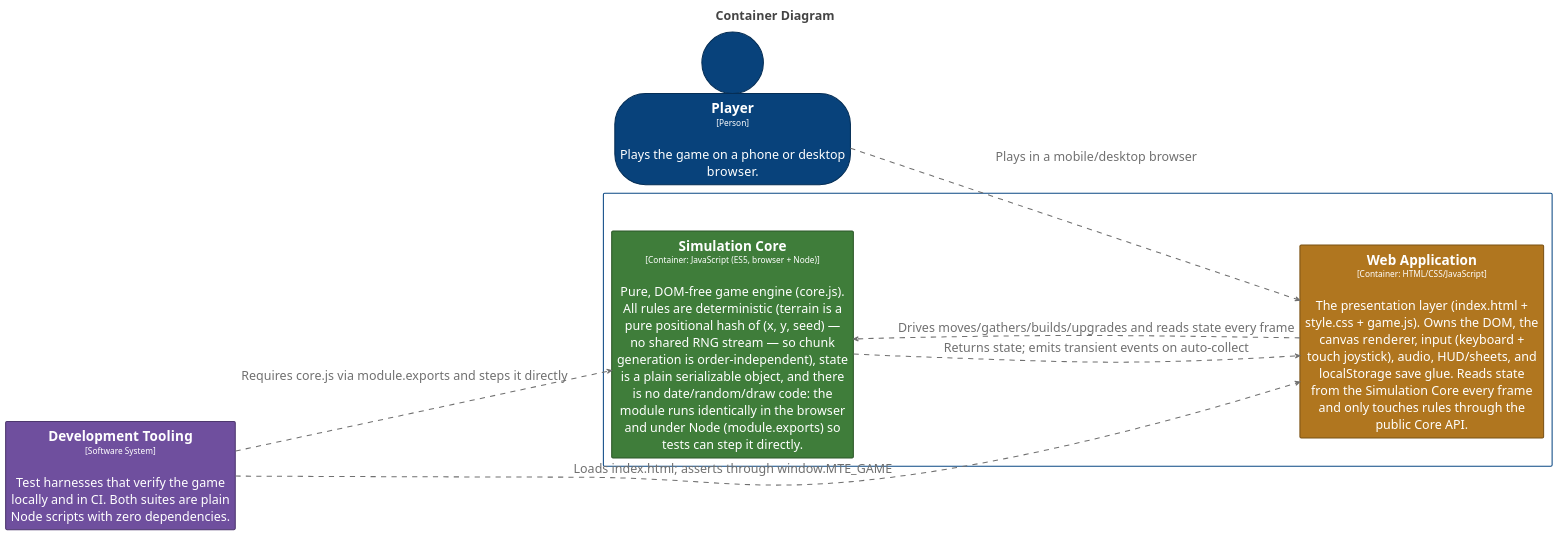
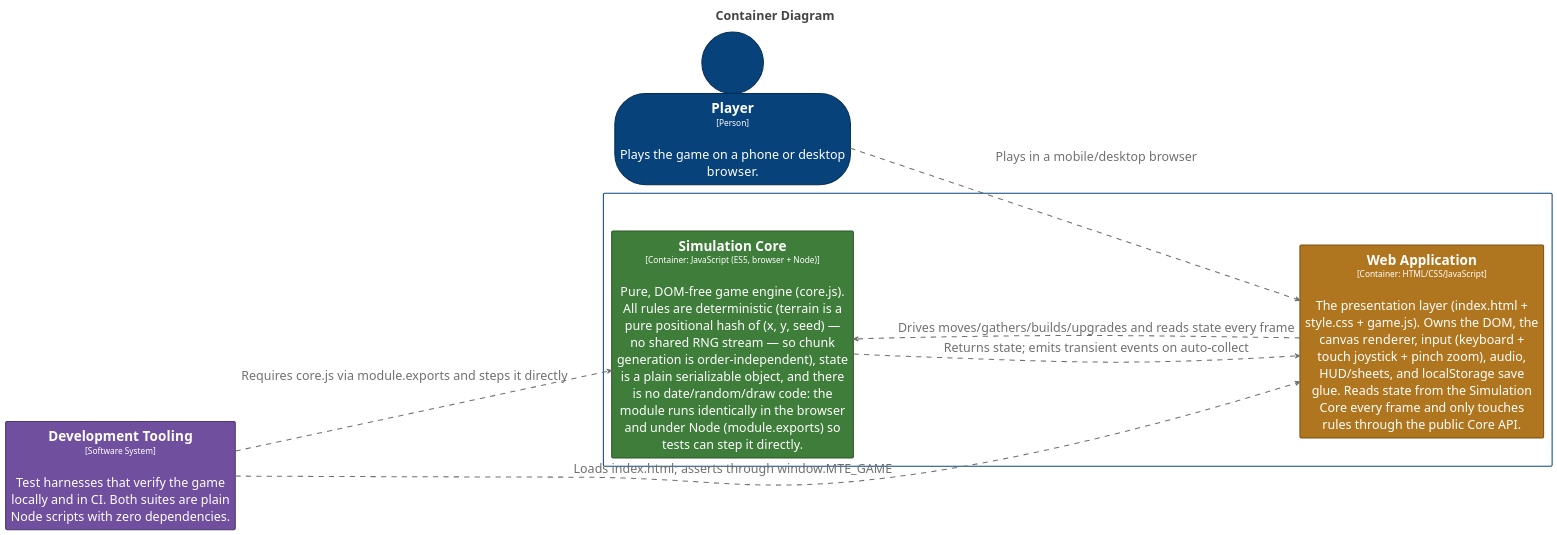
Before and after one commit to bitkojine/more-than-enough: the diagram in structurizr/diagrams/Containers.puml, drawn with PlantUML. The commit also changed 17 other files, not shown here.

First line of the commit message:
v0.11.0: feat — pinch to zoom (two-finger + wheel), LOD far rendering

```diff
--- a/structurizr/diagrams/Containers.puml
+++ b/structurizr/diagrams/Containers.puml
@@ -2,99 +2,99 @@
 @startuml
 title <size:24>Container Diagram</size>
 
 set separator none
 left to right direction
 skinparam ranksep 20
 skinparam nodesep 5
 hide stereotype
 
 <style>
   root {
     BackgroundColor: #ffffff;
     FontColor: #444444;
   }
   // Element,Container,Core Engine
   .Element-RWxlbWVudCxDb250YWluZXIsQ29yZSBFbmdpbmU= {
     BackgroundColor: #3f7d3a;
     LineColor: #2c5728;
     LineStyle: 0;
     LineThickness: 2;
     FontColor: #ffffff;
     FontSize: 24;
     HorizontalAlignment: center;
     Shadowing: 0;
     MaximumWidth: 450;
   }
   // Element,Container,Presentation
   .Element-RWxlbWVudCxDb250YWluZXIsUHJlc2VudGF0aW9u {
     BackgroundColor: #b0761f;
     LineColor: #7b5215;
     LineStyle: 0;
     LineThickness: 2;
     FontColor: #ffffff;
     FontSize: 24;
     HorizontalAlignment: center;
     Shadowing: 0;
     MaximumWidth: 450;
   }
   // Element,Person
   .Element-RWxlbWVudCxQZXJzb24= {
     BackgroundColor: #08427b;
     LineColor: #052e56;
     LineStyle: 0;
     LineThickness: 2;
     FontColor: #ffffff;
     FontSize: 24;
     HorizontalAlignment: center;
     Shadowing: 0;
     MaximumWidth: 450;
   }
   // Element,Software System,Tooling
   .Element-RWxlbWVudCxTb2Z0d2FyZSBTeXN0ZW0sVG9vbGluZw== {
     BackgroundColor: #6f4f9e;
     LineColor: #4d376e;
     LineStyle: 0;
     LineThickness: 2;
     FontColor: #ffffff;
     FontSize: 24;
     HorizontalAlignment: center;
     Shadowing: 0;
     MaximumWidth: 450;
   }
   // Relationship
   .Relationship-UmVsYXRpb25zaGlw {
     LineThickness: 2;
     LineStyle: 10-10;
     LineColor: #707070;
     FontColor: #707070;
     FontSize: 24;
     MaximumWidth: 200;
   }
   // MORE THAN ENOUGH
   .Boundary-TU9SRSBUSEFOIEVOT1VHSA== {
     BackgroundColor: #ffffff;
     LineColor: #0b4884;
     LineStyle: 0;
     LineThickness: 2;
     FontColor: #ffffff;
     FontSize: 24;
     HorizontalAlignment: center;
     Shadowing: 0;
   }
 </style>
 
 person "==Player\n<size:16>[Person]</size>\n\nPlays the game on a phone or desktop browser." <<Element-RWxlbWVudCxQZXJzb24=>> as Player
 rectangle "==Development Tooling\n<size:16>[Software System]</size>\n\nTest harnesses that verify the game locally and in CI. Both suites are plain Node scripts with zero dependencies." <<Element-RWxlbWVudCxTb2Z0d2FyZSBTeXN0ZW0sVG9vbGluZw==>> as DevelopmentTooling
 
 rectangle "MORE THAN ENOUGH\n<size:16>[Software System]</size>" <<Boundary-TU9SRSBUSEFOIEVOT1VHSA==>> {
   rectangle "==Simulation Core\n<size:16>[Container: JavaScript (ES5, browser + Node)]</size>\n\nPure, DOM-free game engine (core.js). All rules are deterministic (terrain is a pure positional hash of (x, y, seed) — no shared RNG stream — so chunk generation is order-independent), state is a plain serializable object, and there is no date/random/draw code: the module runs identically in the browser and under Node (module.exports) so tests can step it directly." <<Element-RWxlbWVudCxDb250YWluZXIsQ29yZSBFbmdpbmU=>> as MORETHANENOUGH.SimulationCore
-  rectangle "==Web Application\n<size:16>[Container: HTML/CSS/JavaScript]</size>\n\nThe presentation layer (index.html + style.css + game.js). Owns the DOM, the canvas renderer, input (keyboard + touch joystick), audio, HUD/sheets, and localStorage save glue. Reads state from the Simulation Core every frame and only touches rules through the public Core API." <<Element-RWxlbWVudCxDb250YWluZXIsUHJlc2VudGF0aW9u>> as MORETHANENOUGH.WebApplication
+  rectangle "==Web Application\n<size:16>[Container: HTML/CSS/JavaScript]</size>\n\nThe presentation layer (index.html + style.css + game.js). Owns the DOM, the canvas renderer, input (keyboard + touch joystick + pinch zoom), audio, HUD/sheets, and localStorage save glue. Reads state from the Simulation Core every frame and only touches rules through the public Core API." <<Element-RWxlbWVudCxDb250YWluZXIsUHJlc2VudGF0aW9u>> as MORETHANENOUGH.WebApplication
 }
 
 Player --> MORETHANENOUGH.WebApplication <<Relationship-UmVsYXRpb25zaGlw>> : "Plays in a mobile/desktop browser"
 MORETHANENOUGH.WebApplication --> MORETHANENOUGH.SimulationCore <<Relationship-UmVsYXRpb25zaGlw>> : "Drives moves/gathers/builds/upgrades and reads state every frame"
 MORETHANENOUGH.SimulationCore --> MORETHANENOUGH.WebApplication <<Relationship-UmVsYXRpb25zaGlw>> : "Returns state; emits transient events on auto-collect"
 DevelopmentTooling --> MORETHANENOUGH.SimulationCore <<Relationship-UmVsYXRpb25zaGlw>> : "Requires core.js via module.exports and steps it directly"
 DevelopmentTooling --> MORETHANENOUGH.WebApplication <<Relationship-UmVsYXRpb25zaGlw>> : "Loads index.html; asserts through window.MTE_GAME"
 
 @enduml
```
